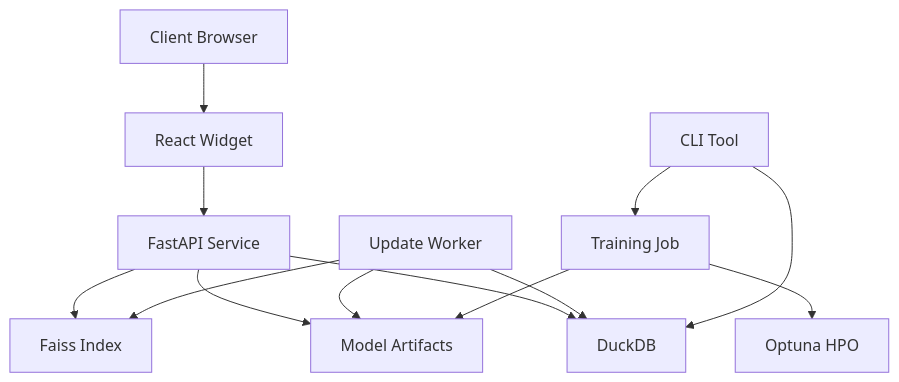
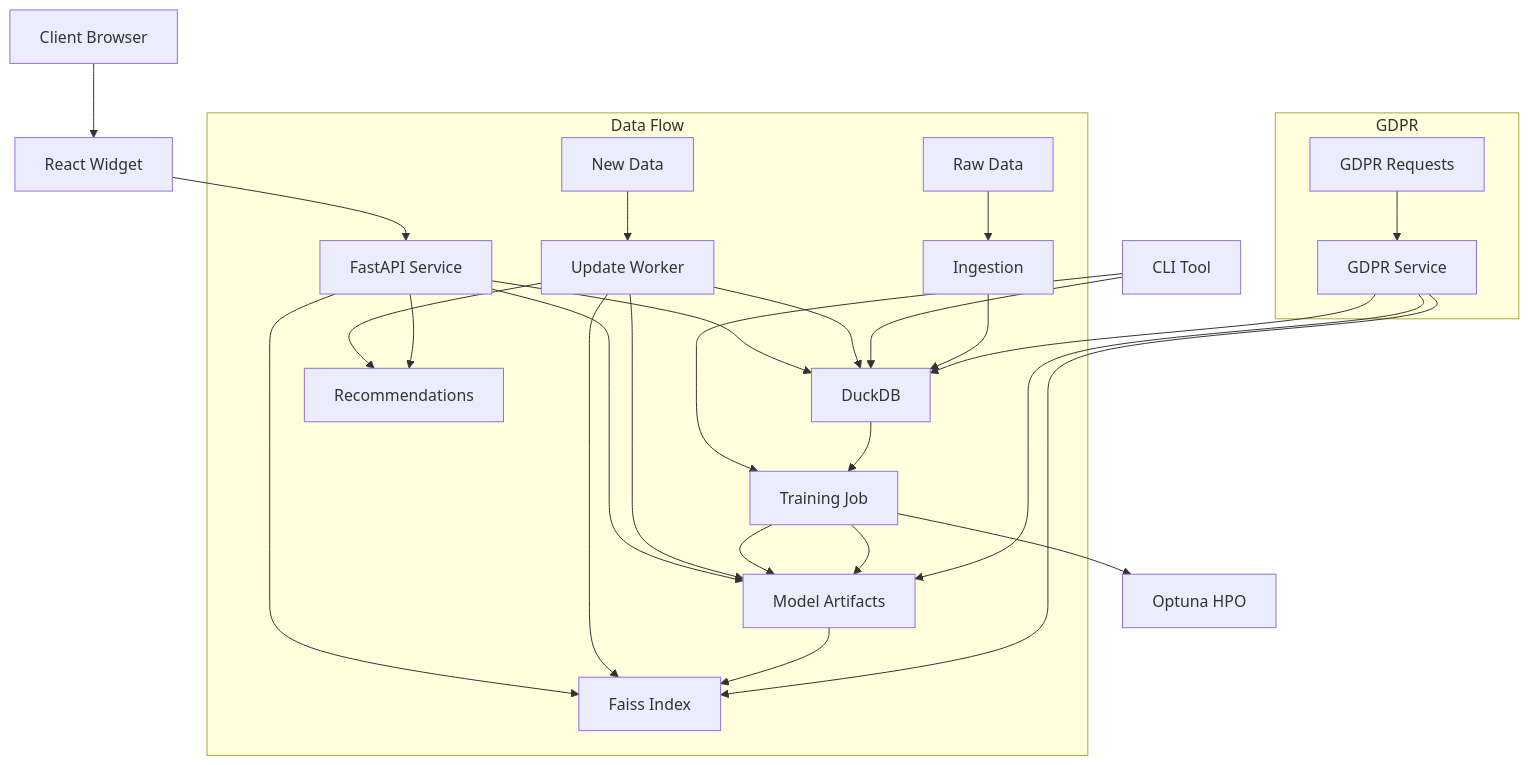
Before and after one commit to tomascupr/RecSys-Lite: the diagram in docs/architecture.md, drawn with Mermaid. The commit also changed other lines of this file and 2 other files, not shown here.

````diff
--- a/docs/architecture.md
+++ b/docs/architecture.md
@@ -7,15 +7,33 @@
 ```mermaid
 graph TD
     Client[Client Browser] --> Widget[React Widget]
     Widget --> API[FastAPI Service]
     API --> Faiss[Faiss Index]
     API --> Models[Model Artifacts]
     API --> DB[DuckDB]
     UpdateWorker[Update Worker] --> DB
     UpdateWorker --> Faiss
     UpdateWorker --> Models
     CLI[CLI Tool] --> DB
     CLI --> TrainingJob[Training Job]
     TrainingJob --> Models
     TrainingJob --> Optuna[Optuna HPO]
+    
+    subgraph Data Flow
+        RawData[Raw Data] --> Ingestion
+        Ingestion --> DB
+        DB --> TrainingJob
+        TrainingJob --> Models
+        Models --> Faiss
+        NewData[New Data] --> UpdateWorker
+        UpdateWorker --> Recommendations
+        API --> Recommendations
+    end
+    
+    subgraph GDPR
+        GDPRRequests[GDPR Requests] --> GDPRService[GDPR Service]
+        GDPRService --> DB
+        GDPRService --> Models
+        GDPRService --> Faiss
+    end
 ```
````
